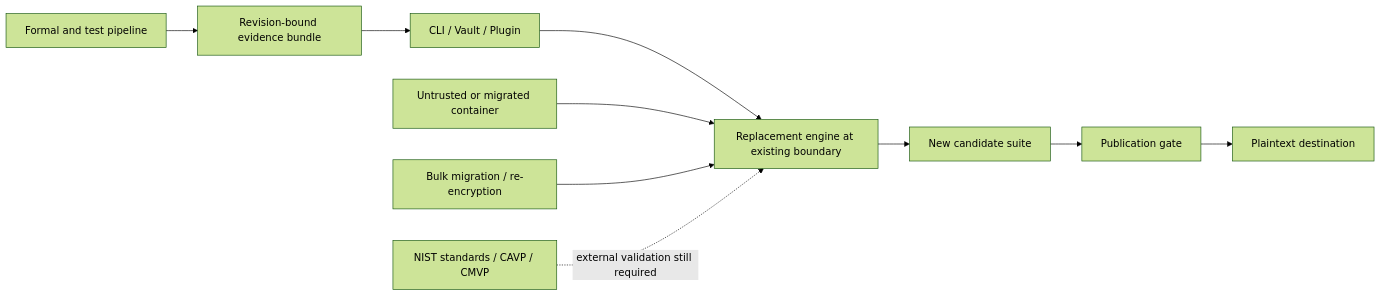
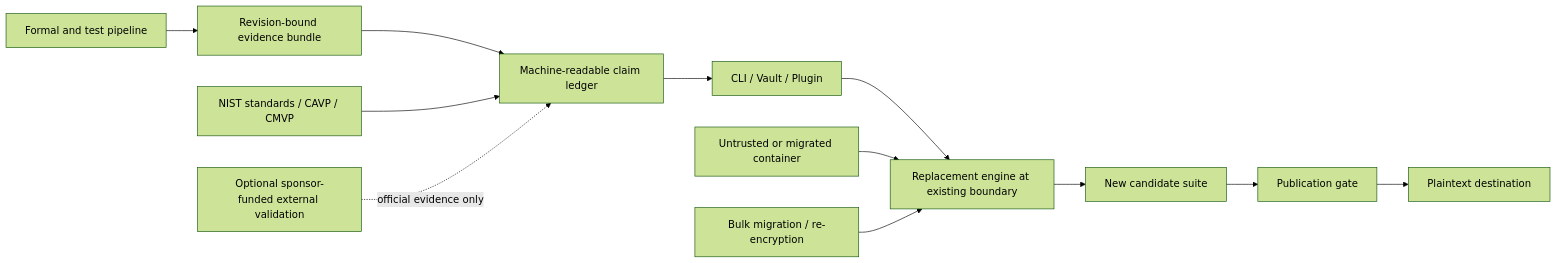
Before and after one commit to AnubisQuantumCipher/anubis: the fourth of 4 diagrams in docs/hardening/anubis-assurance/proposals/truthful-machine-verifiable-assurance.md, drawn with Mermaid (forest theme). The commit also changed other lines of this file and 29 other files, not shown here.

````diff
--- a/docs/hardening/anubis-assurance/proposals/truthful-machine-verifiable-assurance.md
+++ b/docs/hardening/anubis-assurance/proposals/truthful-machine-verifiable-assurance.md
@@ -438,12 +438,14 @@
 ```mermaid
 flowchart LR
     U[CLI / Vault / Plugin] --> R[Replacement engine at existing boundary]
     C[Untrusted or migrated container] --> R
     R --> S[New candidate suite]
     S --> G[Publication gate]
     G --> O[Plaintext destination]
     M[Bulk migration / re-encryption] --> R
     E[Formal and test pipeline] --> B[Revision-bound evidence bundle]
-    B --> U
-    N[NIST standards / CAVP / CMVP] -. external validation still required .-> R
+    B --> L[Machine-readable claim ledger]
+    L --> U
+    N[NIST standards / CAVP / CMVP] --> L
+    F[Optional sponsor-funded external validation] -. official evidence only .-> L
 ```
````
